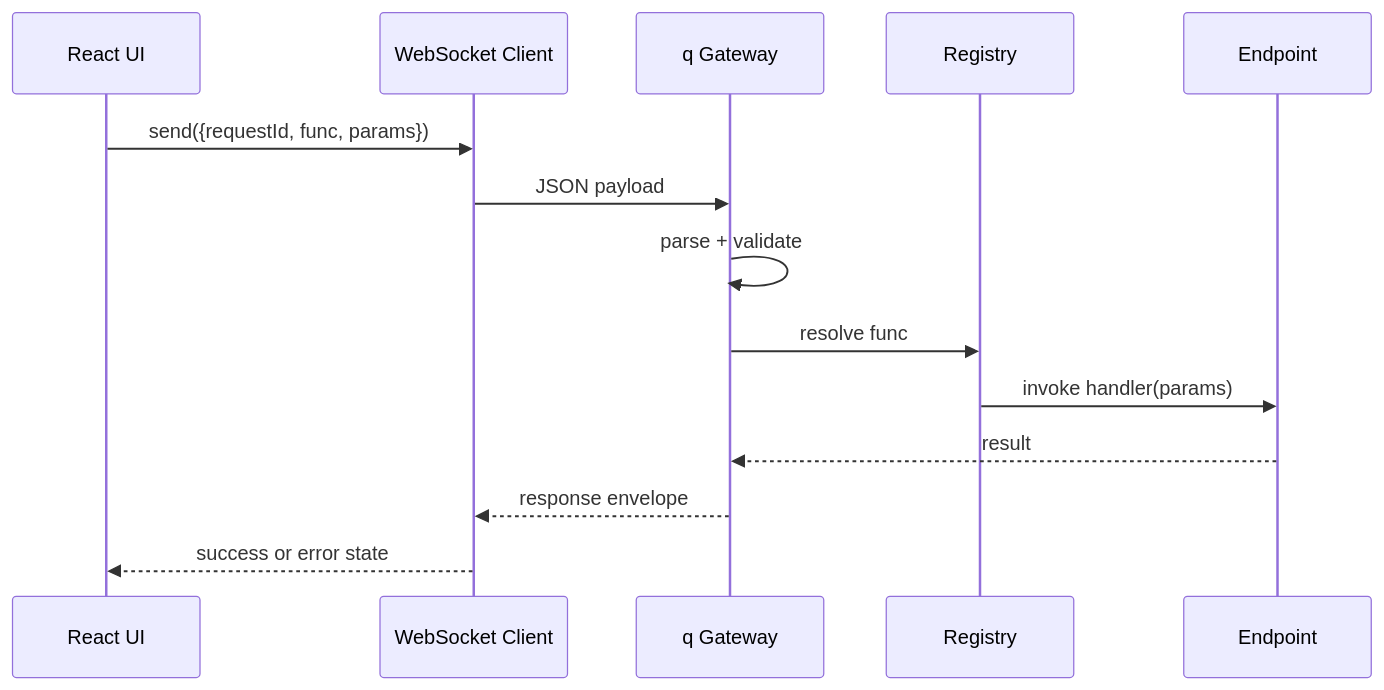
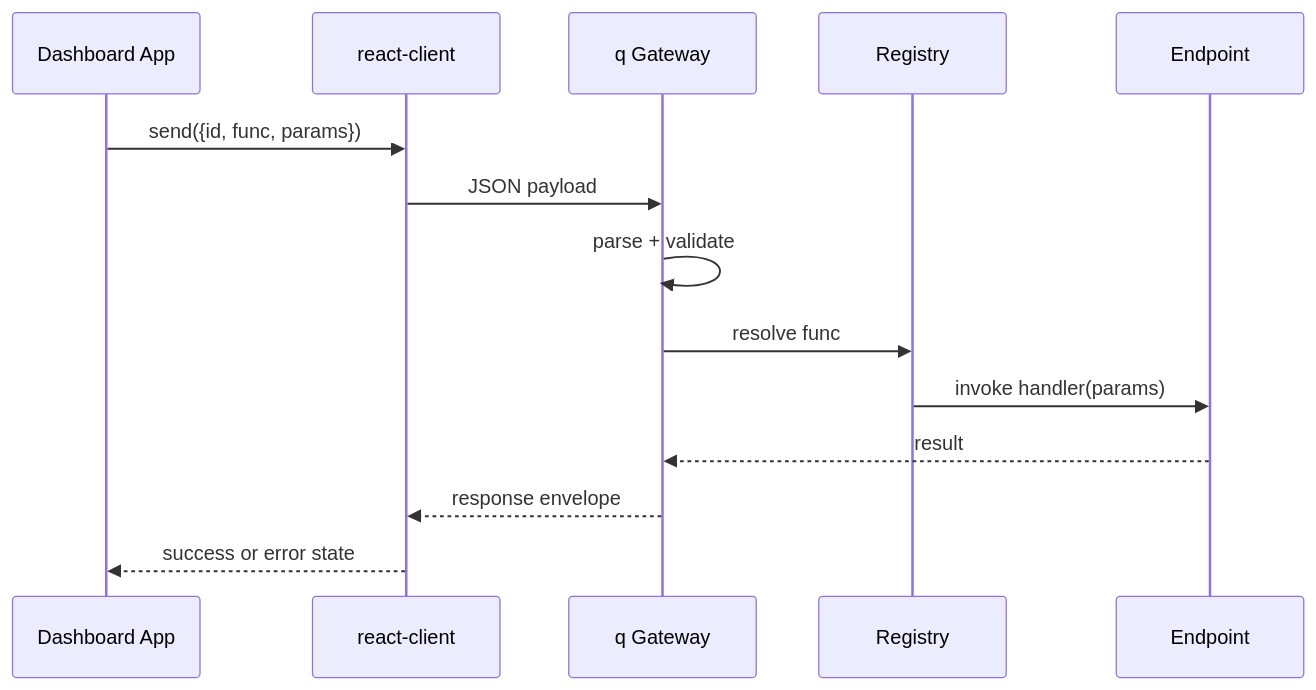
The second of 2 diagrams in docs/architecture.md (Deonatan/kdb-dashboard-library), drawn with Mermaid before and after one commit. The commit also changed other lines of this file and 12 other files, not shown here.

````diff
--- a/docs/architecture.md
+++ b/docs/architecture.md
@@ -137,17 +117,17 @@
 ```mermaid
 sequenceDiagram
-    participant UI as React UI
-    participant WS as WebSocket Client
+    participant UI as Dashboard App
+    participant WS as react-client
     participant GW as q Gateway
     participant RG as Registry
     participant EP as Endpoint
 
-    UI->>WS: send({requestId, func, params})
+    UI->>WS: send({id, func, params})
     WS->>GW: JSON payload
     GW->>GW: parse + validate
     GW->>RG: resolve func
     RG->>EP: invoke handler(params)
     EP-->>GW: result
     GW-->>WS: response envelope
     WS-->>UI: success or error state
 ```
````
